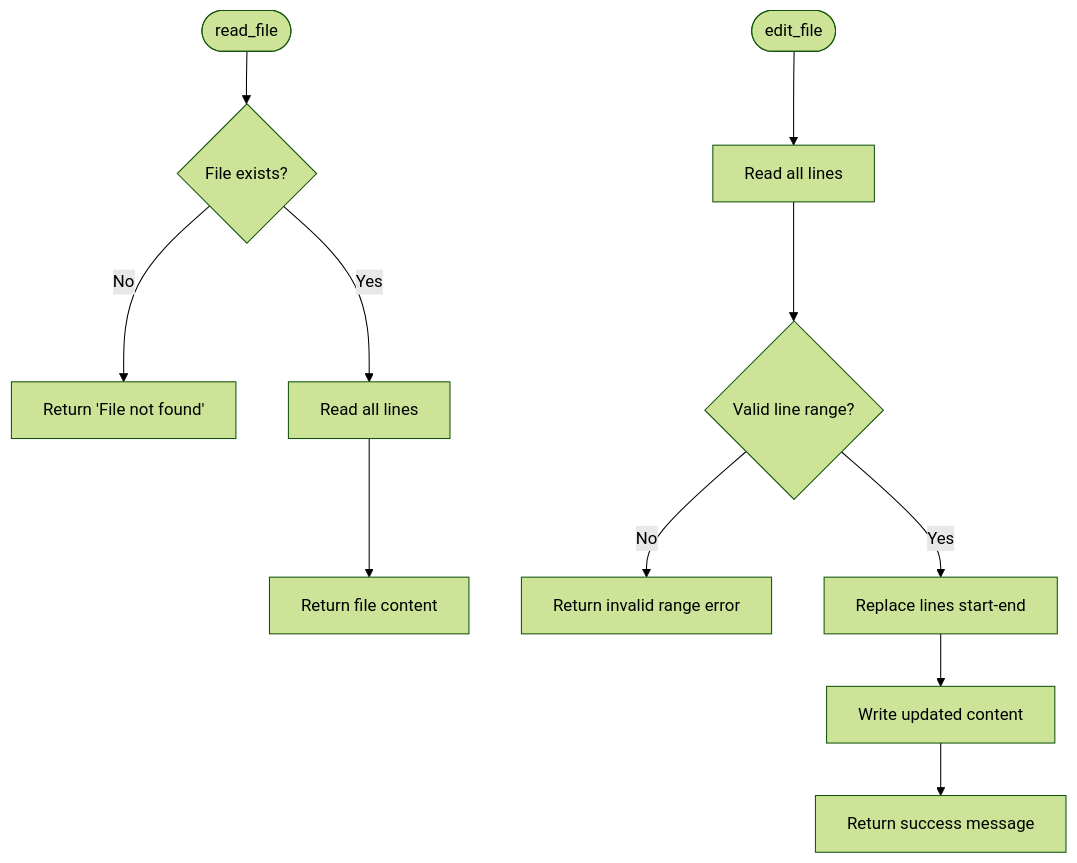
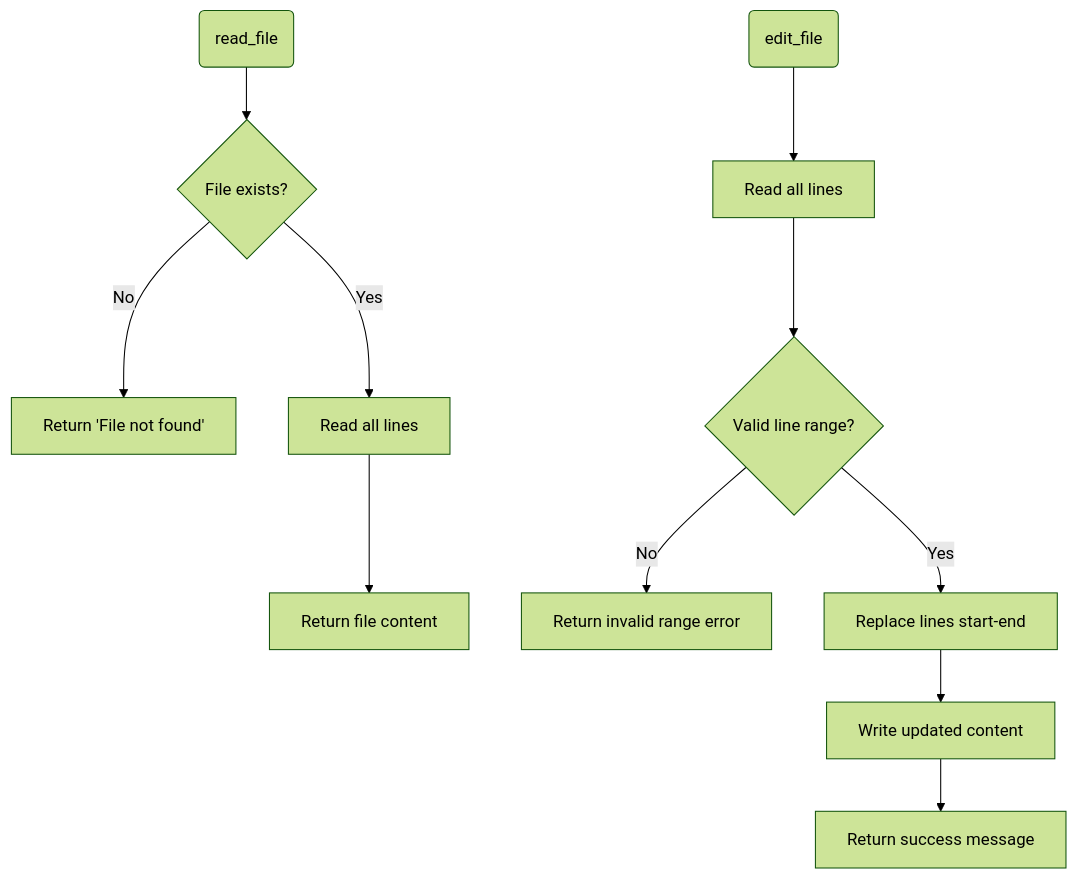
The second of 5 diagrams in docs/Action System/IO Actions.md (Likhithsai2580/RAVANA-WIKI), drawn with Mermaid (forest theme) before and after one commit. The commit also changed 31 other files, not shown here.

First line of the commit message:
Fix(docs): Correct Mermaid diagram syntax

````diff
--- a/docs/Action System/IO Actions.md
+++ b/docs/Action System/IO Actions.md
@@ -126,13 +126,13 @@
 ```mermaid
 flowchart TD
-Start([read_file]) --> CheckExistence{"File exists?"}
+Start("read_file") --> CheckExistence{"File exists?"}
 CheckExistence --> |No| ReturnError["Return 'File not found'"]
 CheckExistence --> |Yes| ReadContent["Read all lines"]
 ReadContent --> Output["Return file content"]
-EditStart([edit_file]) --> ReadLines["Read all lines"]
+EditStart("edit_file") --> ReadLines["Read all lines"]
 ReadLines --> ValidateRange{"Valid line range?"}
 ValidateRange --> |No| RangeError["Return invalid range error"]
 ValidateRange --> |Yes| ReplaceLines["Replace lines start-end"]
 ReplaceLines --> WriteFile["Write updated content"]
 WriteFile --> Success["Return success message"]
 ```
````
